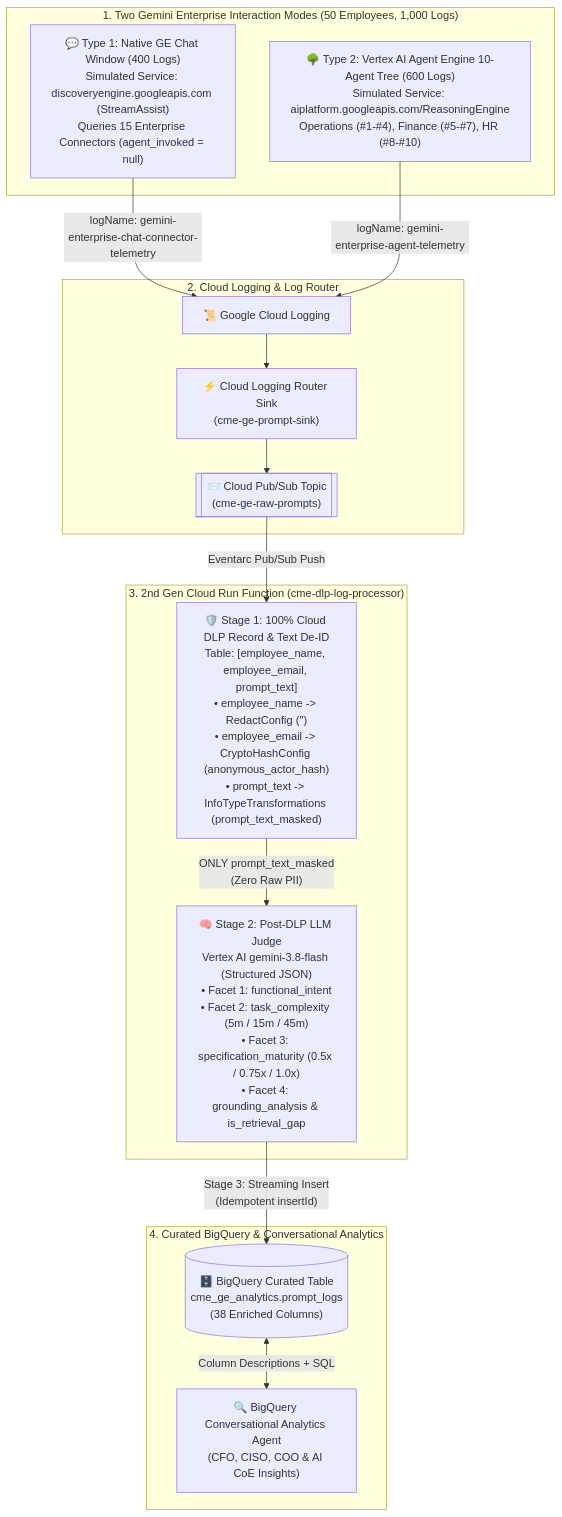
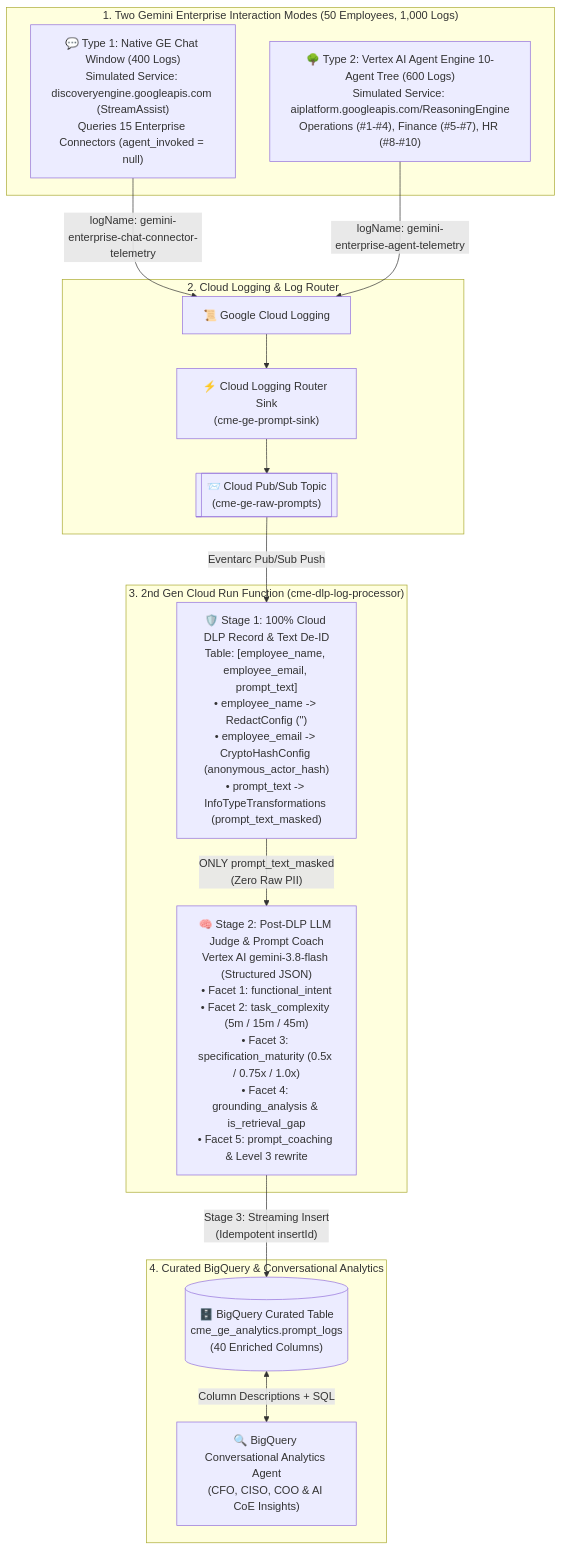
The diagram in README.md (wanderas-pixel/ge-prompt-analytics), drawn with Mermaid before and after one commit. The commit also changed other lines of this file and 3 other files, not shown here.

Commit message:
docs & data: align all documentation and 1,000-row dataset with 40-column 5-Facet Prompt Coach solution

````diff
--- a/README.md
+++ b/README.md
@@ -19,24 +19,24 @@
 ```mermaid
 flowchart TD
     subgraph Sources ["1. Two Gemini Enterprise Interaction Modes (50 Employees, 1,000 Logs)"]
         Chat["💬 Type 1: Native GE Chat Window (400 Logs)<br/>Simulated Service: discoveryengine.googleapis.com (StreamAssist)<br/>Queries 15 Enterprise Connectors (agent_invoked = null)"]
         Tree["🌳 Type 2: Vertex AI Agent Engine 10-Agent Tree (600 Logs)<br/>Simulated Service: aiplatform.googleapis.com/ReasoningEngine<br/>Operations (#1-#4), Finance (#5-#7), HR (#8-#10)"]
     end
 
     subgraph Logging ["2. Cloud Logging & Log Router"]
         Chat -- "logName: gemini-enterprise-chat-connector-telemetry" --> CL["📜 Google Cloud Logging"]
         Tree -- "logName: gemini-enterprise-agent-telemetry" --> CL
         CL --> Sink["⚡ Cloud Logging Router Sink<br/>(cme-ge-prompt-sink)"]
         Sink --> PS[["📨 Cloud Pub/Sub Topic<br/>(cme-ge-raw-prompts)"]]
     end
 
     subgraph Worker ["3. 2nd Gen Cloud Run Function (cme-dlp-log-processor)"]
         PS -- "Eventarc Pub/Sub Push" --> DLPStage["🛡️ Stage 1: 100% Cloud DLP Record & Text De-ID<br/>Table: [employee_name, employee_email, prompt_text]<br/>• employee_name -> RedactConfig ('')<br/>• employee_email -> CryptoHashConfig (anonymous_actor_hash)<br/>• prompt_text -> InfoTypeTransformations (prompt_text_masked)"]
-        DLPStage -- "ONLY prompt_text_masked<br/>(Zero Raw PII)" --> JudgeStage["🧠 Stage 2: Post-DLP LLM Judge<br/>Vertex AI gemini-3.8-flash (Structured JSON)<br/>• Facet 1: functional_intent<br/>• Facet 2: task_complexity (5m / 15m / 45m)<br/>• Facet 3: specification_maturity (0.5x / 0.75x / 1.0x)<br/>• Facet 4: grounding_analysis & is_retrieval_gap"]
+        DLPStage -- "ONLY prompt_text_masked<br/>(Zero Raw PII)" --> JudgeStage["🧠 Stage 2: Post-DLP LLM Judge & Prompt Coach<br/>Vertex AI gemini-3.8-flash (Structured JSON)<br/>• Facet 1: functional_intent<br/>• Facet 2: task_complexity (5m / 15m / 45m)<br/>• Facet 3: specification_maturity (0.5x / 0.75x / 1.0x)<br/>• Facet 4: grounding_analysis & is_retrieval_gap<br/>• Facet 5: prompt_coaching & Level 3 rewrite"]
     end
 
     subgraph Analytics ["4. Curated BigQuery & Conversational Analytics"]
-        JudgeStage -- "Stage 3: Streaming Insert<br/>(Idempotent insertId)" --> BQ[("🗄️ BigQuery Curated Table<br/>cme_ge_analytics.prompt_logs<br/>(38 Enriched Columns)")]
+        JudgeStage -- "Stage 3: Streaming Insert<br/>(Idempotent insertId)" --> BQ[("🗄️ BigQuery Curated Table<br/>cme_ge_analytics.prompt_logs<br/>(40 Enriched Columns)")]
         BQ <-->|"Column Descriptions + SQL"| GEAgent["🔍 BigQuery Conversational Analytics Agent<br/>(CFO, CISO, COO & AI CoE Insights)"]
     end
 ```
````
